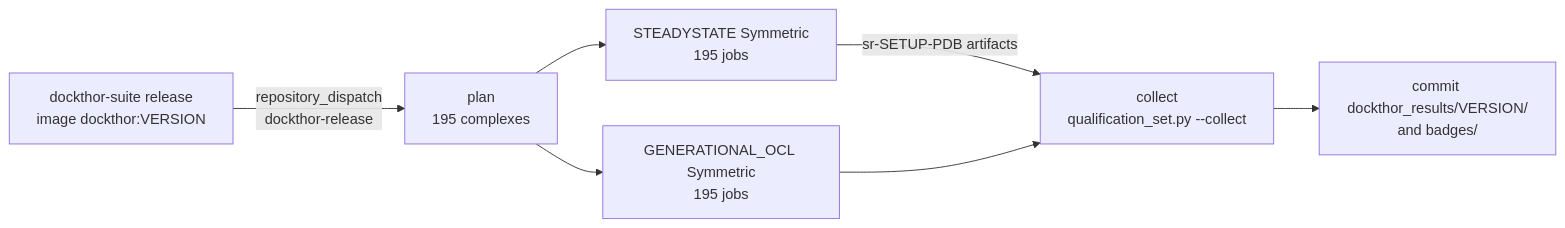
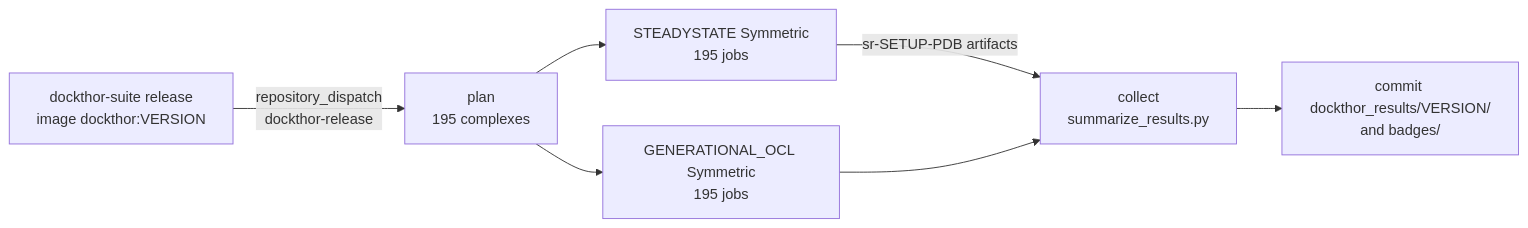
One commit to gmmsb-lncc/dockthor_coreset changed the diagram in README.md. Above: the diagram before and after it, drawn with Mermaid. The commit also changed other lines of this file and 1287 other files, not shown here.

````diff
--- a/README.md
+++ b/README.md
@@ -464,9 +641,9 @@
 ```mermaid
 flowchart LR
     R["dockthor-suite release<br/>image dockthor:VERSION"] -->|"repository_dispatch<br/>dockthor-release"| P["plan<br/>195 complexes"]
     P --> S["STEADYSTATE Symmetric<br/>195 jobs"]
     P --> O["GENERATIONAL_OCL Symmetric<br/>195 jobs"]
-    S -->|"sr-SETUP-PDB artifacts"| C["collect<br/>qualification_set.py --collect"]
+    S -->|"sr-SETUP-PDB artifacts"| C["collect<br/>summarize_results.py"]
     O --> C
     C --> D["commit dockthor_results/VERSION/<br/>and badges/"]
 ```
````
